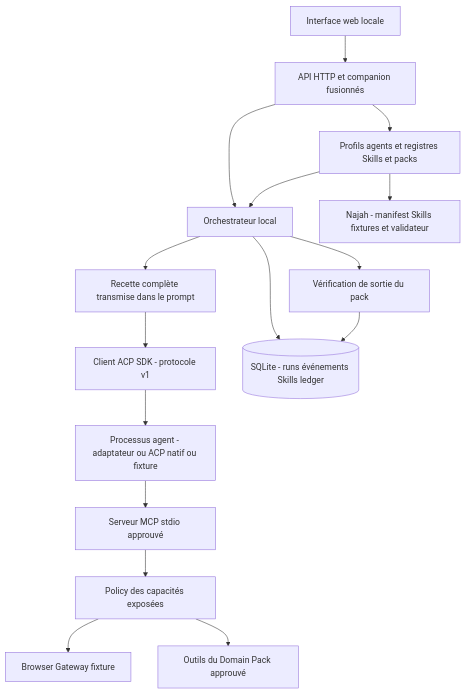
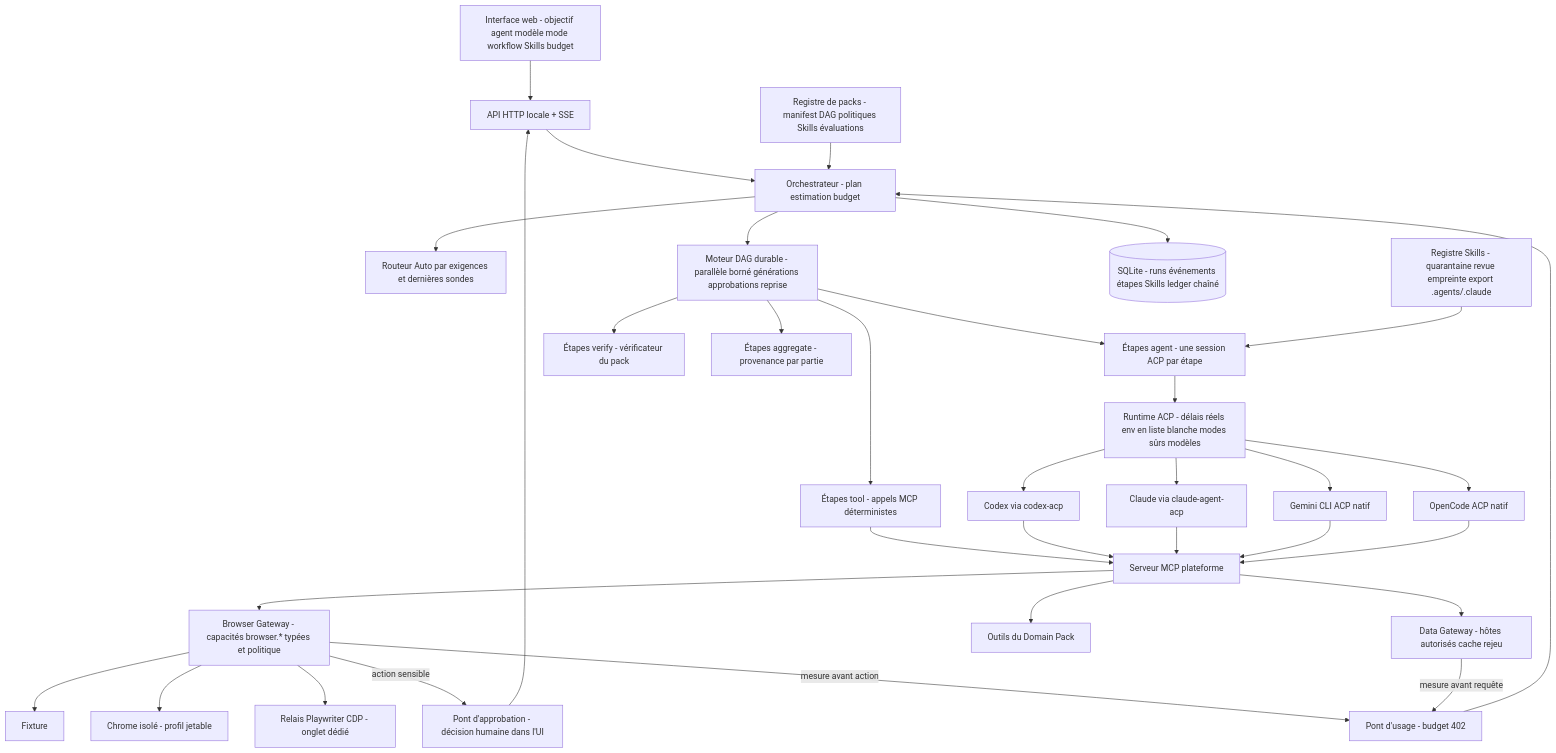
Before and after one commit to bachirdw/agregat-back-git: the first of 3 diagrams in docs/architecture.md, drawn with Mermaid. The commit also changed other lines of this file and 12 other files, not shown here.

First line of the commit message:
[sprint-08] Reprise de workflow en place, brouillon de candidature avec relecture, E2E interface sur Chrome réel, documentation

````diff
--- a/docs/architecture.md
+++ b/docs/architecture.md
@@ -9,18 +11,35 @@
 ```mermaid
 flowchart TD
-  UI[Interface web locale] --> API[API HTTP et companion fusionnés]
-  API --> REG[Profils agents et registres Skills et packs]
-  API --> ORCH[Orchestrateur local]
-  REG --> ORCH
-  ORCH --> RECIPE[Recette complète transmise dans le prompt]
-  RECIPE --> ACP[Client ACP SDK - protocole v1]
-  ACP --> AGENT[Processus agent - adaptateur ou ACP natif ou fixture]
-  AGENT --> MCP[Serveur MCP stdio approuvé]
-  MCP --> POLICY[Policy des capacités exposées]
-  POLICY --> BROWSER[Browser Gateway fixture]
-  POLICY --> PACK[Outils du Domain Pack approuvé]
-  ORCH --> VERIFY[Vérification de sortie du pack]
-  ORCH --> DB[(SQLite - runs événements Skills ledger)]
-  VERIFY --> DB
-  REG --> NAJAH[Najah - manifest Skills fixtures et validateur]
+  UI[Interface web - objectif agent modèle mode workflow Skills budget] --> API[API HTTP locale + SSE]
+  API --> ORCH[Orchestrateur - plan estimation budget]
+  ORCH --> ROUTER[Routeur Auto par exigences et dernières sondes]
+  ORCH --> ENGINE[Moteur DAG durable - parallèle borné générations approbations reprise]
+  ENGINE --> TOOLX[Étapes tool - appels MCP déterministes]
+  ENGINE --> AGENTX[Étapes agent - une session ACP par étape]
+  ENGINE --> VERIFY[Étapes verify - vérificateur du pack]
+  ENGINE --> AGG[Étapes aggregate - provenance par partie]
+  AGENTX --> ACP[Runtime ACP - délais réels env en liste blanche modes sûrs modèles]
+  ACP --> CX[Codex via codex-acp]
+  ACP --> CL[Claude via claude-agent-acp]
+  ACP --> GE[Gemini CLI ACP natif]
+  ACP --> OC[OpenCode ACP natif]
+  TOOLX --> MCP[Serveur MCP plateforme]
+  CX --> MCP
+  CL --> MCP
+  GE --> MCP
+  OC --> MCP
+  MCP --> BGW[Browser Gateway - capacités browser.* typées et politique]
+  MCP --> DGW[Data Gateway - hôtes autorisés cache rejeu]
+  MCP --> PACK[Outils du Domain Pack]
+  BGW --> FIX[Fixture]
+  BGW --> ISO[Chrome isolé - profil jetable]
+  BGW --> PWR[Relais Playwriter CDP - onglet dédié]
+  BGW -- action sensible --> APPROVE[Pont d'approbation - décision humaine dans l'UI]
+  BGW -- mesure avant action --> USAGE[Pont d'usage - budget 402]
+  DGW -- mesure avant requête --> USAGE
+  APPROVE --> API
+  USAGE --> ORCH
+  SKILLS[Registre Skills - quarantaine revue empreinte export .agents/.claude] --> AGENTX
+  PACKS[Registre de packs - manifest DAG politiques Skills évaluations] --> ORCH
+  ORCH --> DB[(SQLite - runs événements étapes Skills ledger chaîné)]
 ```
````
